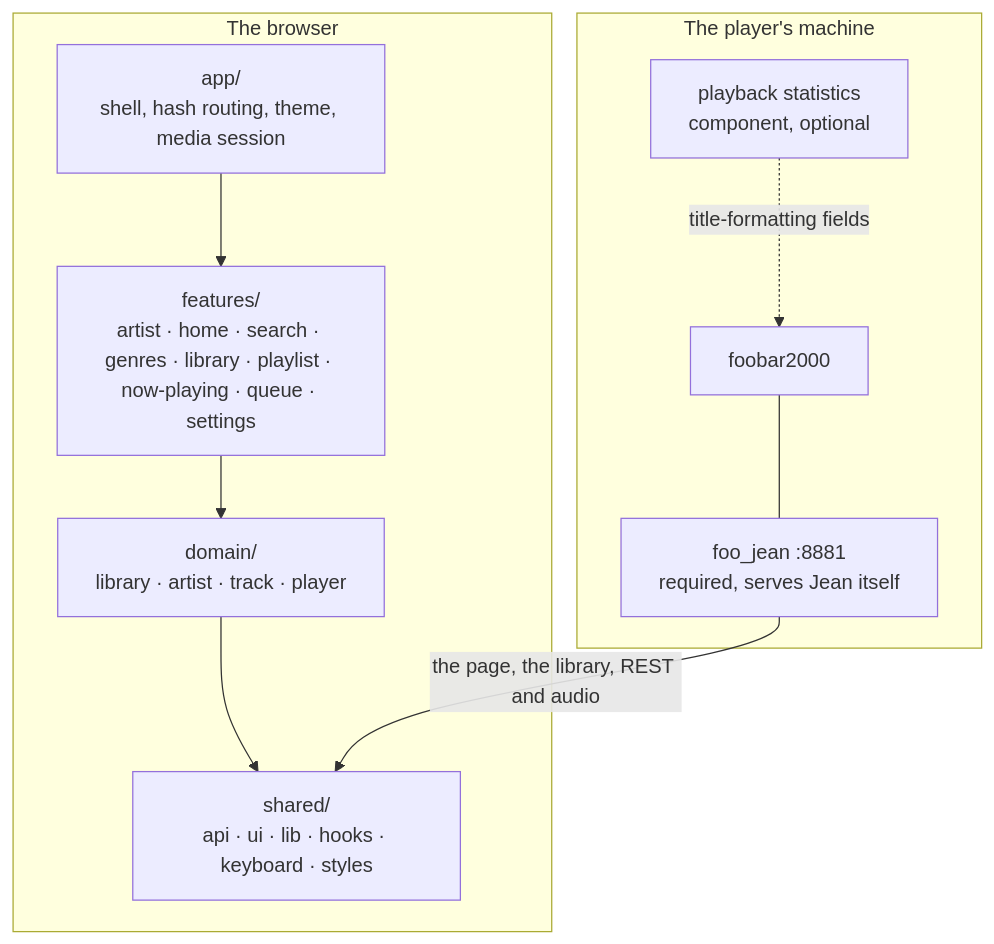
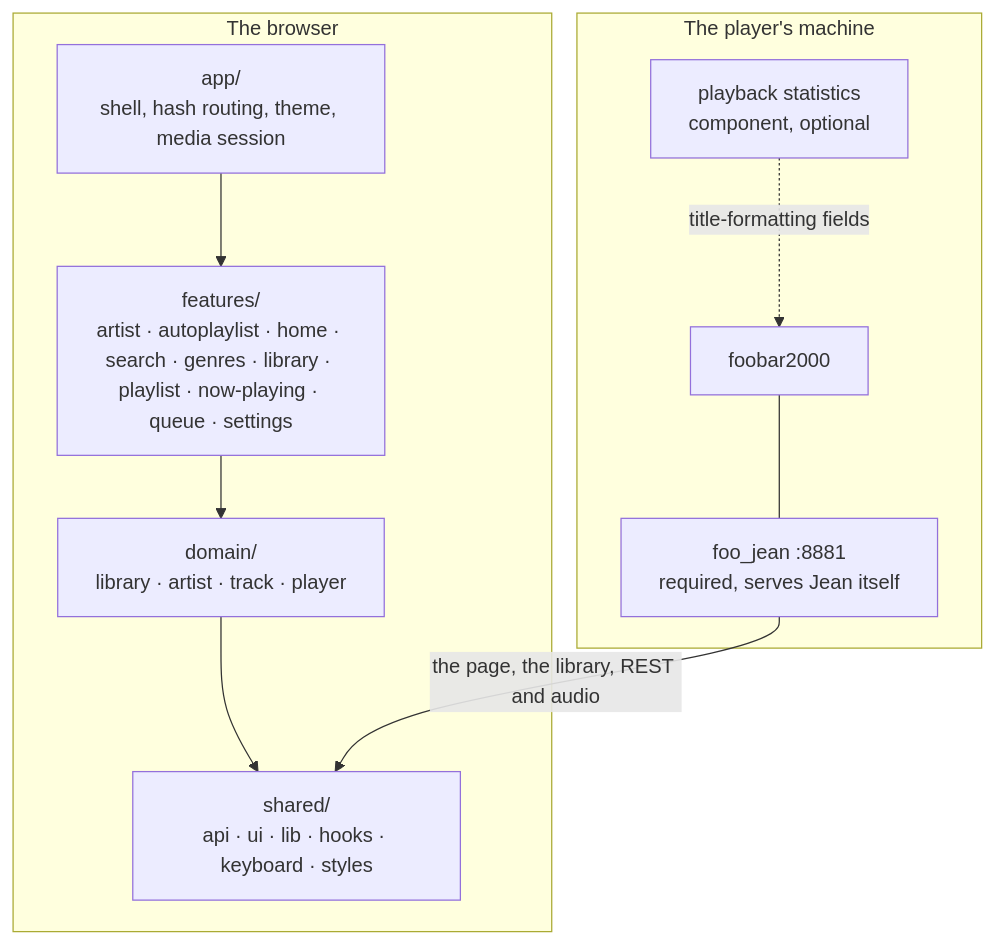
Before and after one commit to enrique-ramirez/jean: the diagram in ui/ARCHITECTURE.md, drawn with Mermaid. The commit also changed other lines of this file and 3 other files, not shown here.

````diff
--- a/ui/ARCHITECTURE.md
+++ b/ui/ARCHITECTURE.md
@@ -9,22 +9,22 @@
 ```mermaid
 flowchart TB
   subgraph machine["The player's machine"]
     fb["foobar2000"]
     fj["foo_jean :8881<br/>required, serves Jean itself"]
     stats["playback statistics<br/>component, optional"]
     fb --- fj
     stats -.->|title-formatting fields| fb
   end
 
   subgraph browser["The browser"]
     app["app/<br/>shell, hash routing, theme, media session"]
-    features["features/<br/>artist · home · search · genres · library · playlist · now-playing · queue · settings"]
+    features["features/<br/>artist · autoplaylist · home · search · genres · library · playlist · now-playing · queue · settings"]
     domain["domain/<br/>library · artist · track · player"]
     shared["shared/<br/>api · ui · lib · hooks · keyboard · styles"]
     app --> features
     features --> domain
     domain --> shared
   end
 
   fj -->|"the page, the library, REST and audio"| shared
 ```
````
